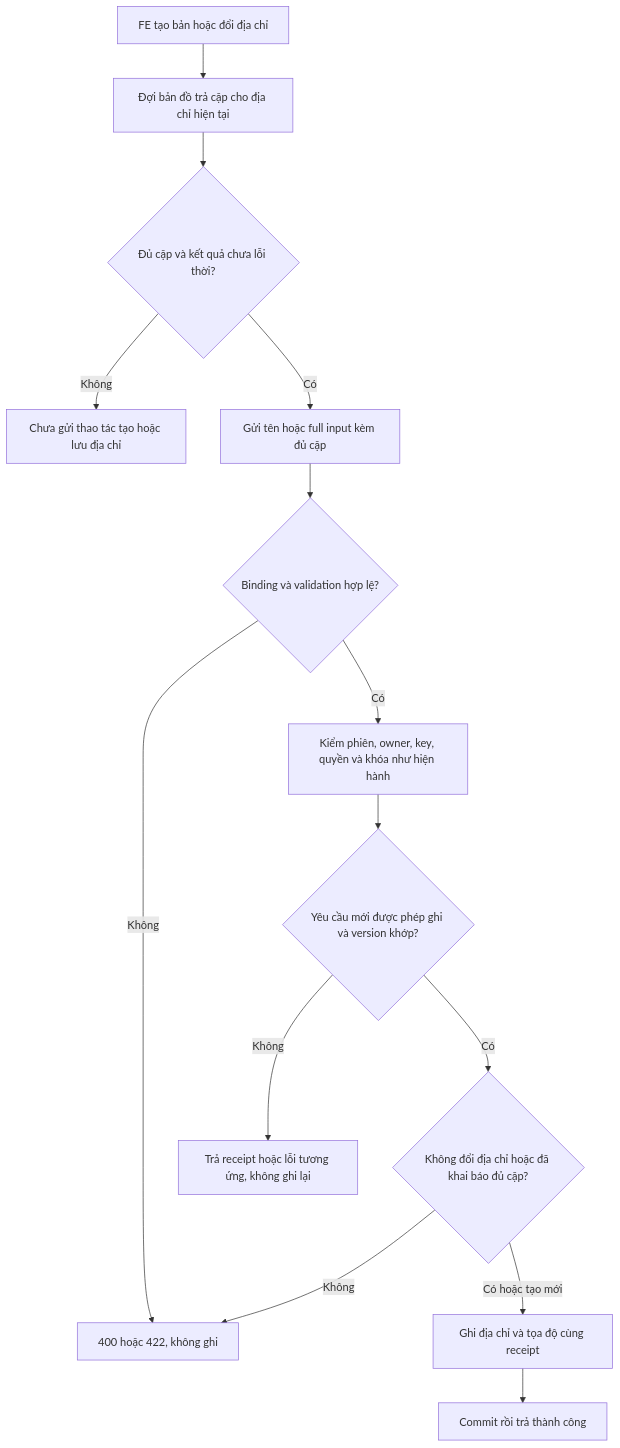
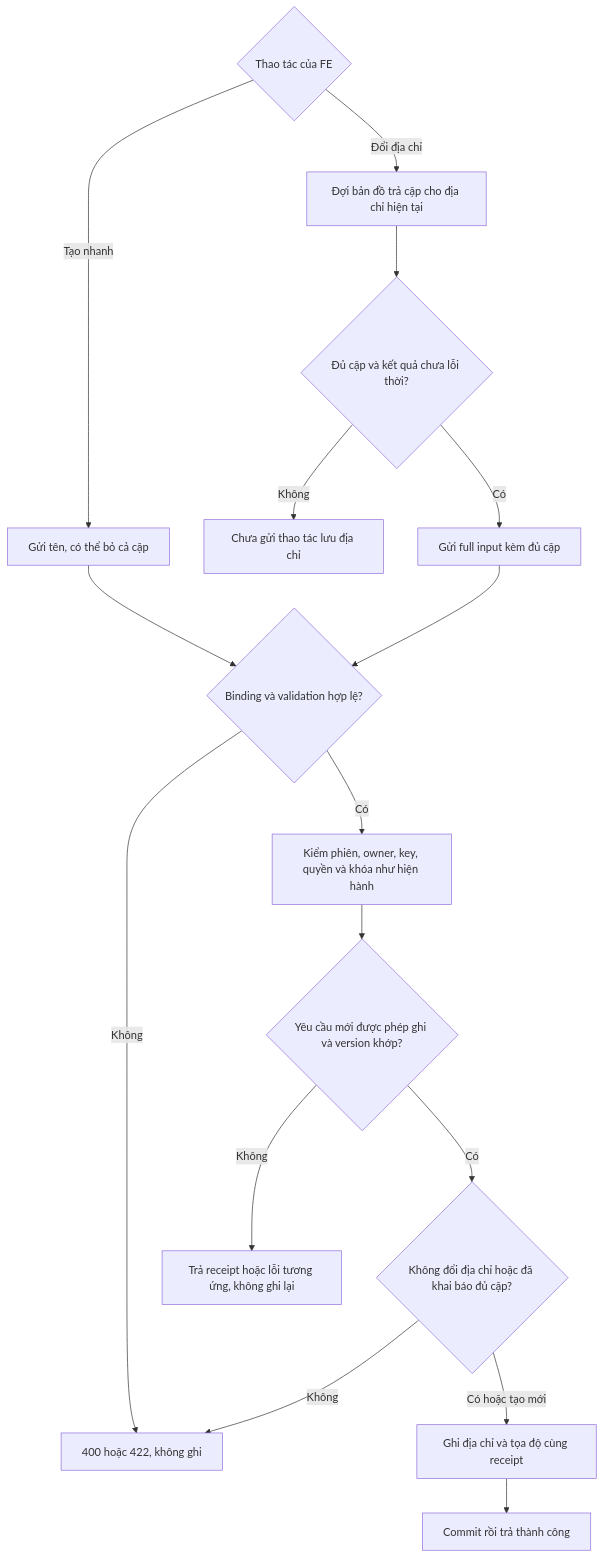
Before and after one commit to TaskCoper/bmt-documentation: the third of 6 diagrams in tdd/TDD-PROJ-001.md, drawn with Mermaid. The commit also changed other lines of this file and 15 other files, not shown here.

````diff
--- a/tdd/TDD-PROJ-001.md
+++ b/tdd/TDD-PROJ-001.md
@@ -279,16 +278,18 @@
 ```mermaid
 flowchart TD
-    A[FE tạo bản hoặc đổi địa chỉ] --> B[Đợi bản đồ trả cặp cho địa chỉ hiện tại]
+    A{Thao tác của FE} -->|Tạo nhanh| E[Gửi tên, có thể bỏ cả cặp]
+    A -->|Đổi địa chỉ| B[Đợi bản đồ trả cặp cho địa chỉ hiện tại]
     B --> C{Đủ cặp và kết quả chưa lỗi thời?}
-    C -->|Không| D[Chưa gửi thao tác tạo hoặc lưu địa chỉ]
-    C -->|Có| E[Gửi tên hoặc full input kèm đủ cặp]
+    C -->|Không| D[Chưa gửi thao tác lưu địa chỉ]
+    C -->|Có| E2[Gửi full input kèm đủ cặp]
+    E2 --> F
     E --> F{Binding và validation hợp lệ?}
     F -->|Không| X[400 hoặc 422, không ghi]
     F -->|Có| G[Kiểm phiên, owner, key, quyền và khóa như hiện hành]
     G --> H{Yêu cầu mới được phép ghi và version khớp?}
     H -->|Không| Y[Trả receipt hoặc lỗi tương ứng, không ghi lại]
     H -->|Có| I{Không đổi địa chỉ hoặc đã khai báo đủ cặp?}
     I -->|Không| X
     I -->|Có hoặc tạo mới| J[Ghi địa chỉ và tọa độ cùng receipt]
     J --> K[Commit rồi trả thành công]
 ```
````
